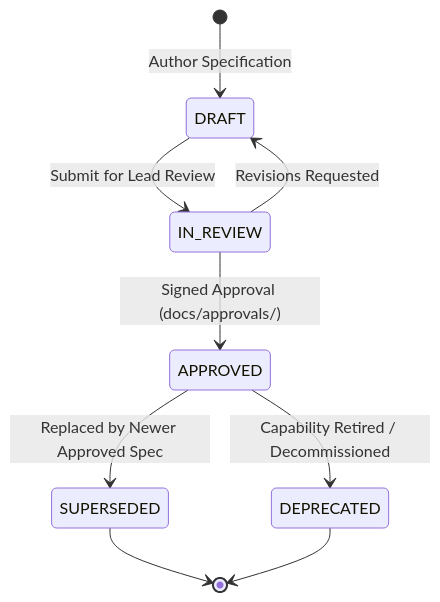
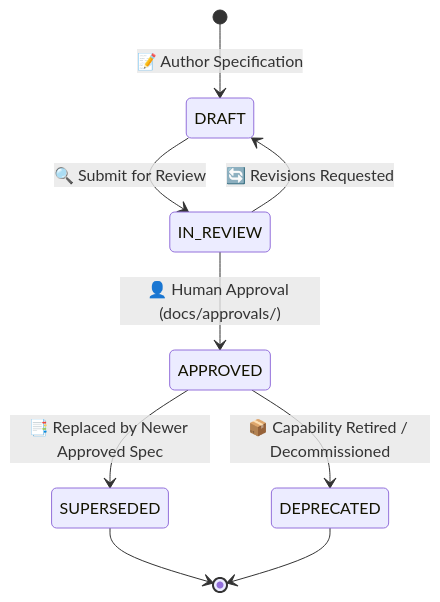
Before and after one commit to rmsofficialsyt/Agentic-AI-Vibe-Coding-AND-SDD-TDD-Codebase-Chandan-Adhikary: the third of 3 diagrams in SDD-TDD-Chandan-Adhikary/Spec-Driven-Development/docs/features/README.md, drawn with Mermaid. The commit also changed other lines of this file and 23 other files, not shown here.

Commit message:
docs: redesign diagrams to Eraser.io visual style and regenerate MANIFEST.json

````diff
--- a/SDD-TDD-Chandan-Adhikary/Spec-Driven-Development/docs/features/README.md
+++ b/SDD-TDD-Chandan-Adhikary/Spec-Driven-Development/docs/features/README.md
@@ -73,13 +83,13 @@
 ```mermaid
 stateDiagram-v2
-    [*] --> DRAFT: Author Specification
-    DRAFT --> IN_REVIEW: Submit for Lead Review
-    IN_REVIEW --> DRAFT: Revisions Requested
-    IN_REVIEW --> APPROVED: Signed Approval (docs/approvals/)
+    [*] --> DRAFT: 📝 Author Specification
+    DRAFT --> IN_REVIEW: 🔍 Submit for Review
+    IN_REVIEW --> DRAFT: 🔄 Revisions Requested
+    IN_REVIEW --> APPROVED: 👤 Human Approval (docs/approvals/)
     
-    APPROVED --> SUPERSEDED: Replaced by Newer Approved Spec
-    APPROVED --> DEPRECATED: Capability Retired / Decommissioned
+    APPROVED --> SUPERSEDED: 📑 Replaced by Newer Approved Spec
+    APPROVED --> DEPRECATED: 📦 Capability Retired / Decommissioned
     
     SUPERSEDED --> [*]
     DEPRECATED --> [*]
 ```
````
